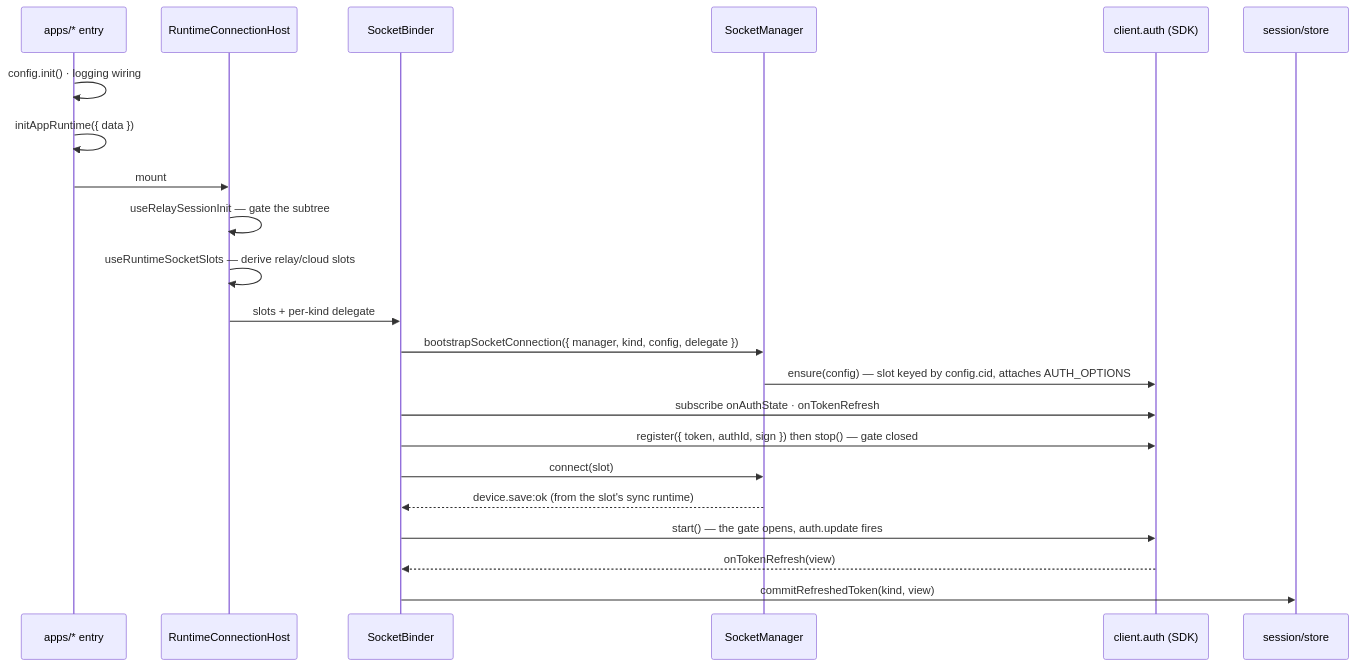
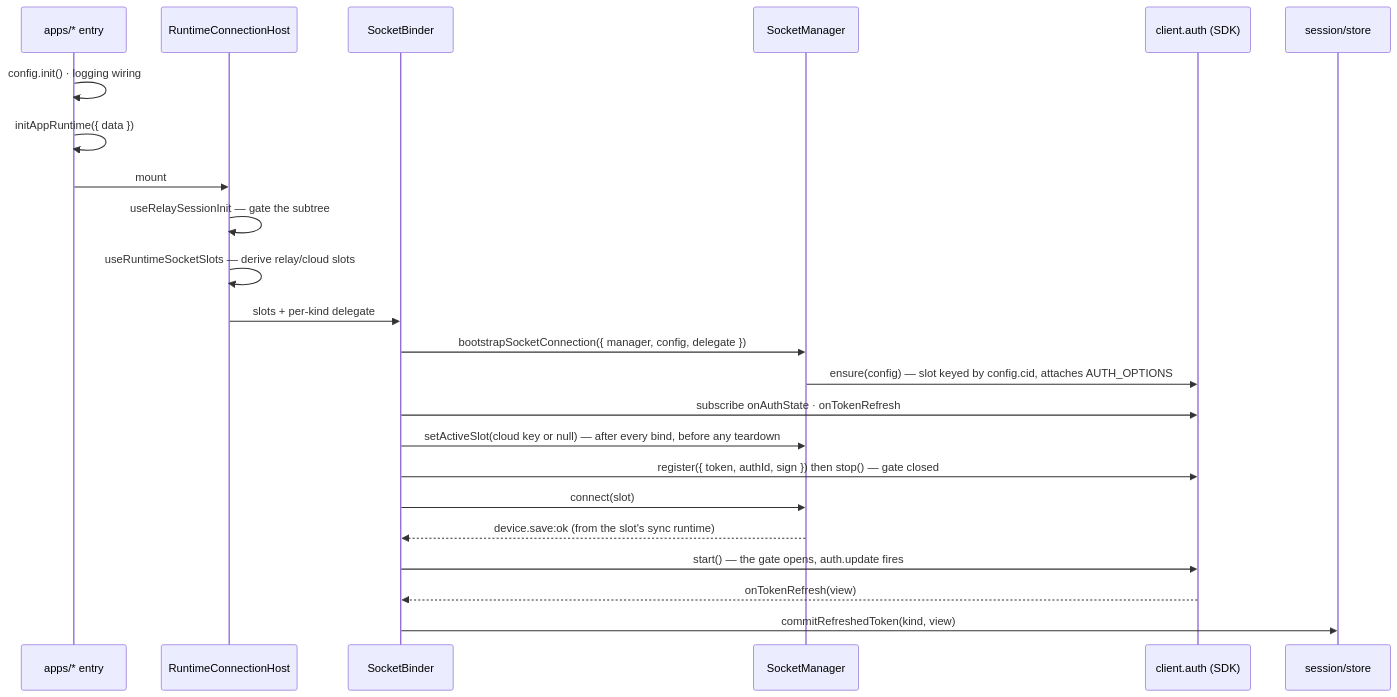
The second of 2 diagrams in libs/app-runtime/README.md (lemoncloud-io/dou-app), drawn with Mermaid before and after one commit. The commit also changed other lines of this file and 18 other files, not shown here.

````diff
--- a/libs/app-runtime/README.md
+++ b/libs/app-runtime/README.md
@@ -125,25 +125,26 @@
 ```mermaid
 sequenceDiagram
     participant App as apps/* entry
     participant Host as RuntimeConnectionHost
     participant B as SocketBinder
     participant M as SocketManager
     participant A as client.auth (SDK)
     participant S as session/store
 
     App->>App: config.init() · logging wiring
     App->>App: initAppRuntime({ data })
     App->>Host: mount
     Host->>Host: useRelaySessionInit — gate the subtree
     Host->>Host: useRuntimeSocketSlots — derive relay/cloud slots
     Host->>B: slots + per-kind delegate
-    B->>M: bootstrapSocketConnection({ manager, kind, config, delegate })
+    B->>M: bootstrapSocketConnection({ manager, config, delegate })
     M->>A: ensure(config) — slot keyed by config.cid, attaches AUTH_OPTIONS
     B->>A: subscribe onAuthState · onTokenRefresh
+    B->>M: setActiveSlot(cloud key or null) — after every bind, before any teardown
     B->>A: register({ token, authId, sign }) then stop() — gate closed
     B->>M: connect(slot)
     M-->>B: device.save:ok (from the slot's sync runtime)
     B->>A: start() — the gate opens, auth.update fires
     A-->>B: onTokenRefresh(view)
     B->>S: commitRefreshedToken(kind, view)
 ```
````
